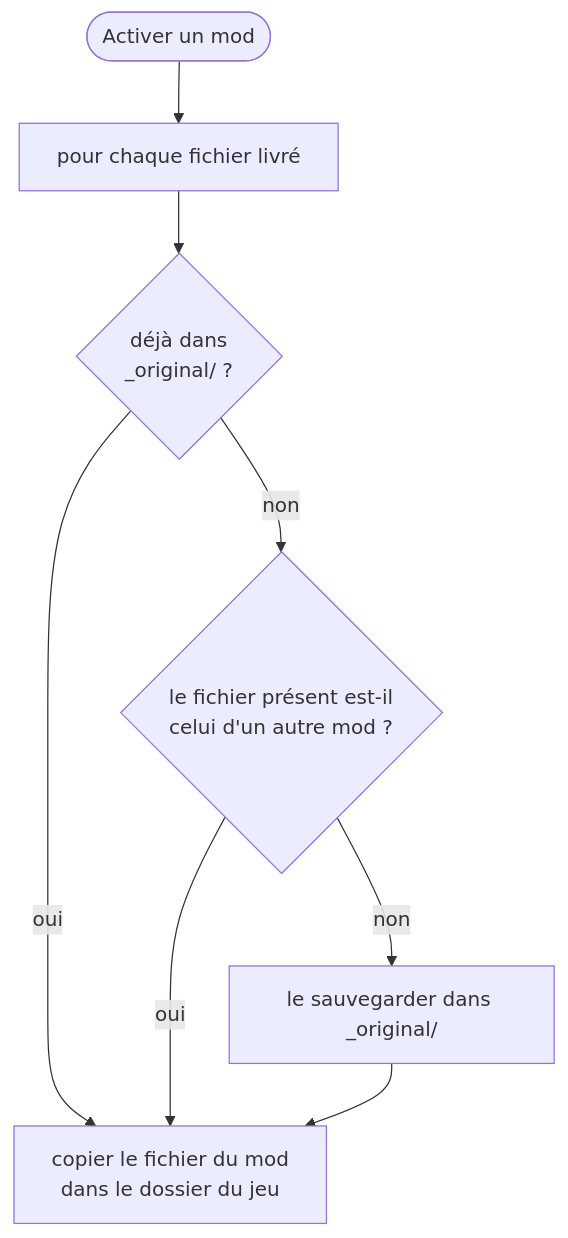
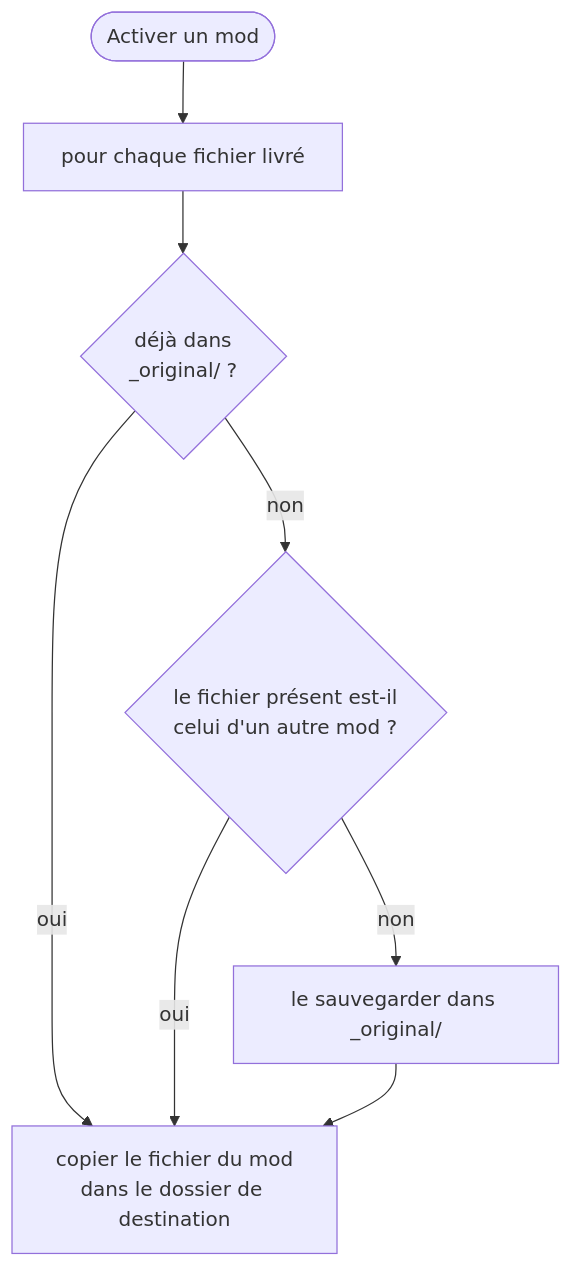
The third of 4 diagrams in frontend/assets/docs/fr/how-it-works/conflicts.md (FreeProject089/BetterModsManager), drawn with Mermaid before and after one commit. The commit also changed other lines of this file and 37 other files, not shown here.

````diff
--- a/frontend/assets/docs/fr/how-it-works/conflicts.md
+++ b/frontend/assets/docs/fr/how-it-works/conflicts.md
@@ -91,9 +91,9 @@
 ```mermaid
 flowchart TB
     APPLY([Activer un mod]) --> EACH["pour chaque fichier livré"]
     EACH --> HAVE{"déjà dans<br/>_original/ ?"}
     HAVE -- oui --> COPY
     HAVE -- non --> WHOSE{"le fichier présent est-il<br/>celui d'un autre mod ?"}
-    WHOSE -- oui --> COPY["copier le fichier du mod<br/>dans le dossier du jeu"]
+    WHOSE -- oui --> COPY["copier le fichier du mod<br/>dans le dossier de destination"]
     WHOSE -- non --> BK["le sauvegarder dans _original/"] --> COPY
 ```
````
